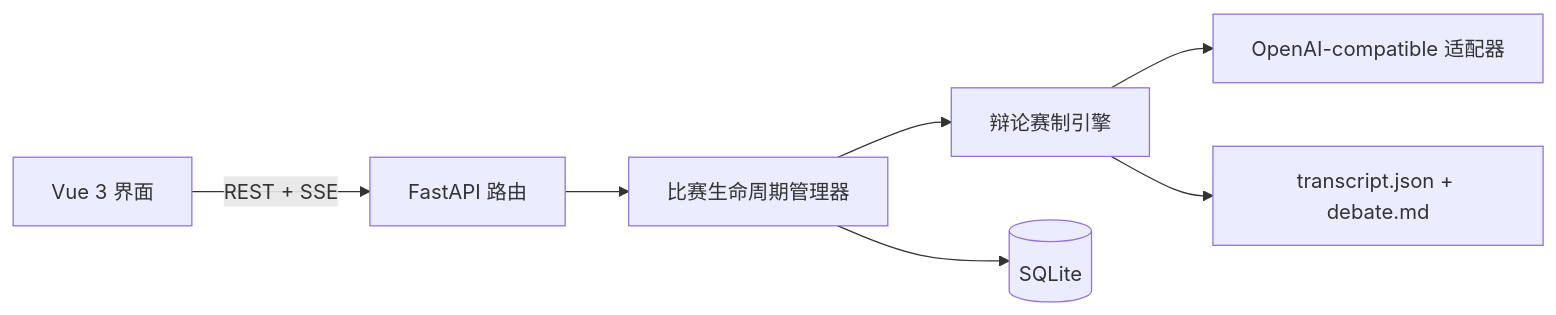
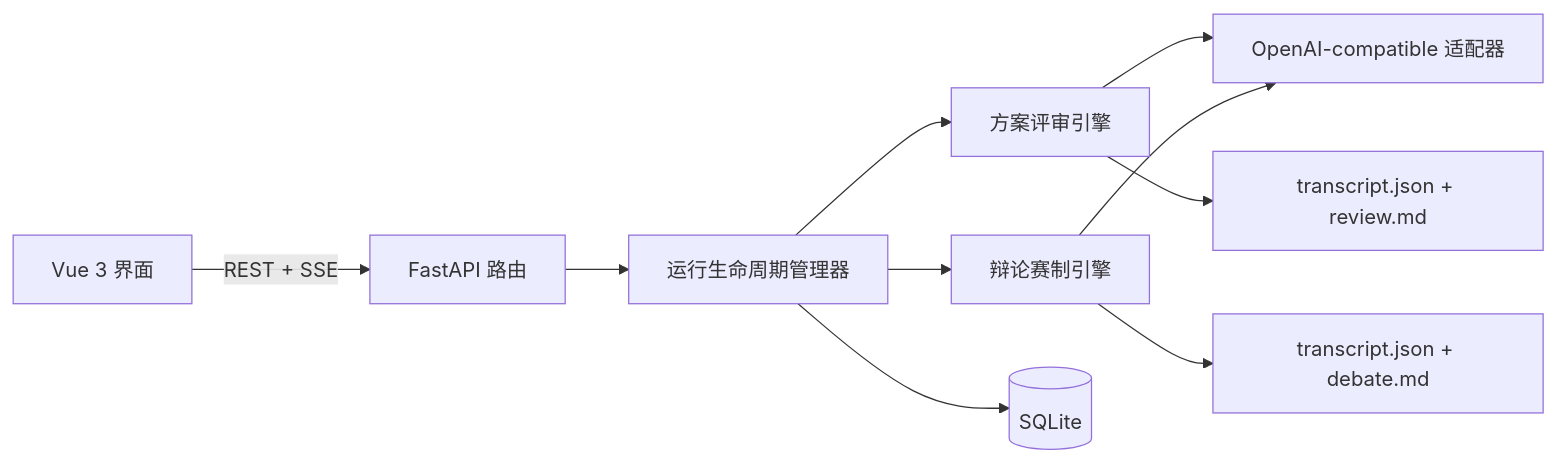
One commit to chenxy1021/agent-arena changed the diagram in README.zh-CN.md. Above: the diagram before and after it, drawn with Mermaid. The commit also changed other lines of this file and 21 other files, not shown here.

Commit message:
Add dual-mode review arena and refresh UI

````diff
--- a/README.zh-CN.md
+++ b/README.zh-CN.md
@@ -106,9 +126,12 @@
 ```mermaid
 flowchart LR
     UI[Vue 3 界面] -->|REST + SSE| API[FastAPI 路由]
-    API --> MANAGER[比赛生命周期管理器]
-    MANAGER --> ARENA[辩论赛制引擎]
-    ARENA --> PROVIDERS[OpenAI-compatible 适配器]
+    API --> MANAGER[运行生命周期管理器]
+    MANAGER --> REVIEW[方案评审引擎]
+    MANAGER --> DEBATE[辩论赛制引擎]
+    REVIEW --> PROVIDERS[OpenAI-compatible 适配器]
+    DEBATE --> PROVIDERS
     MANAGER --> DB[(SQLite)]
-    ARENA --> RUNS[transcript.json + debate.md]
+    REVIEW --> REVIEWRUNS[transcript.json + review.md]
+    DEBATE --> DEBATERUNS[transcript.json + debate.md]
 ```
````
